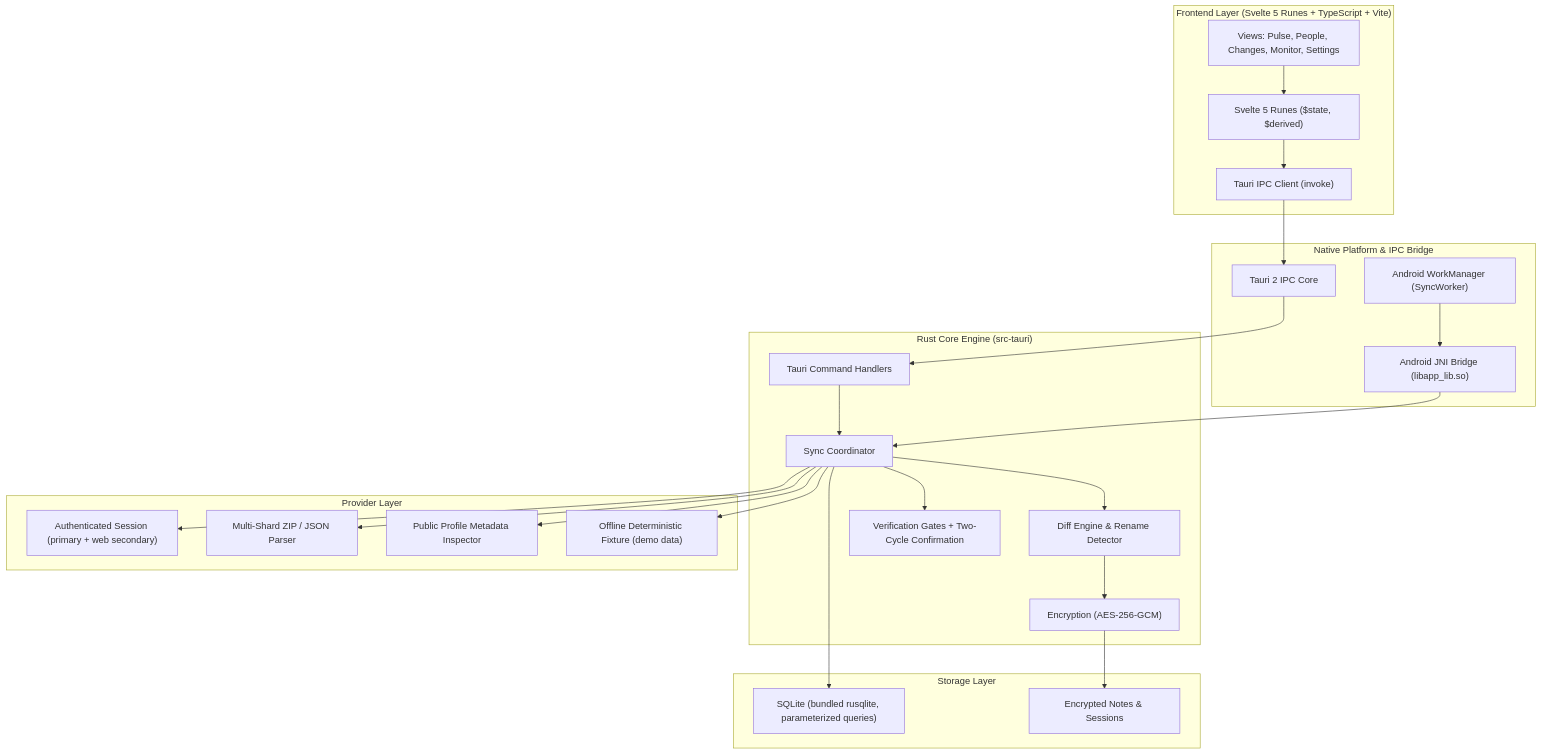
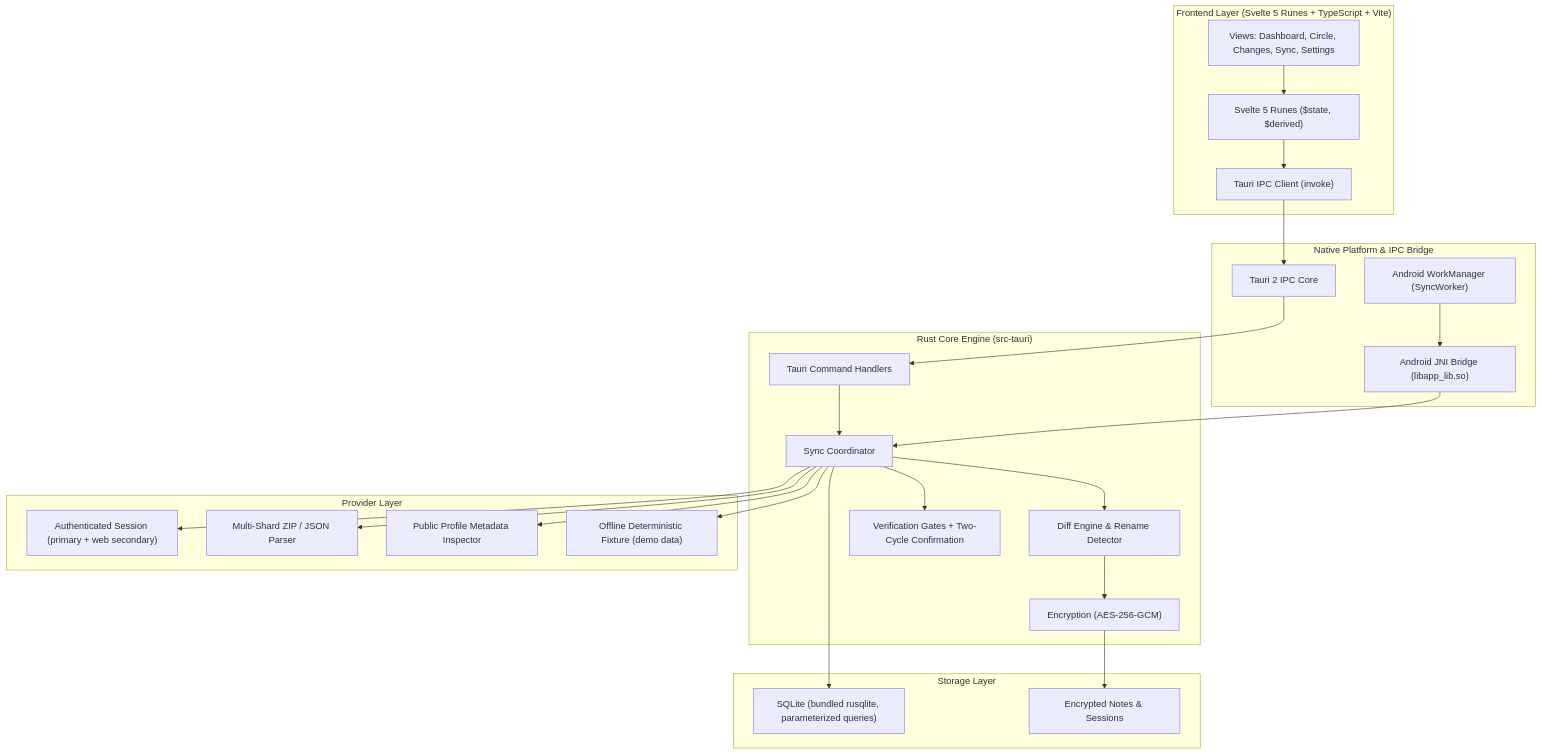
The first of 3 diagrams in ARCHITECTURE.md (MZarc/Stalkr), drawn with Mermaid before and after one commit. The commit also changed 1 other file, not shown here.

Commit message:
Docs: use on-screen tab names (Dashboard, Circle, Sync)

````diff
--- a/ARCHITECTURE.md
+++ b/ARCHITECTURE.md
@@ -18,52 +18,52 @@
 ```mermaid
 flowchart TD
     subgraph Frontend["Frontend Layer (Svelte 5 Runes + TypeScript + Vite)"]
-        UI["Views: Pulse, People, Changes, Monitor, Settings"]
+        UI["Views: Dashboard, Circle, Changes, Sync, Settings"]
         State["Svelte 5 Runes ($state, $derived)"]
         IPC_Client["Tauri IPC Client (invoke)"]
         UI --> State --> IPC_Client
     end
 
     subgraph NativeBridge["Native Platform & IPC Bridge"]
         TauriIPC["Tauri 2 IPC Core"]
         JNI["Android JNI Bridge (libapp_lib.so)"]
         WorkMgr["Android WorkManager (SyncWorker)"]
         WorkMgr --> JNI
         IPC_Client --> TauriIPC
     end
 
     subgraph RustCore["Rust Core Engine (src-tauri)"]
         Commands["Tauri Command Handlers"]
         SyncCoord["Sync Coordinator"]
         DiffEngine["Diff Engine & Rename Detector"]
         Gates["Verification Gates + Two-Cycle Confirmation"]
         SecEngine["Encryption (AES-256-GCM)"]
         
         TauriIPC --> Commands
         Commands --> SyncCoord
         JNI --> SyncCoord
         SyncCoord --> Gates
         SyncCoord --> DiffEngine
         DiffEngine --> SecEngine
     end
 
     subgraph Providers["Provider Layer"]
         SessionProv["Authenticated Session (primary + web secondary)"]
         ExportProv["Multi-Shard ZIP / JSON Parser"]
         PublicProv["Public Profile Metadata Inspector"]
         FixtureProv["Offline Deterministic Fixture (demo data)"]
     end
 
     subgraph Storage["Storage Layer"]
         SQLite["SQLite (bundled rusqlite, parameterized queries)"]
         EncNotes["Encrypted Notes & Sessions"]
     end
 
     SyncCoord --> SessionProv
     SyncCoord --> ExportProv
     SyncCoord --> PublicProv
     SyncCoord --> FixtureProv
 
     SyncCoord --> SQLite
     SecEngine --> EncNotes
 ```
````
